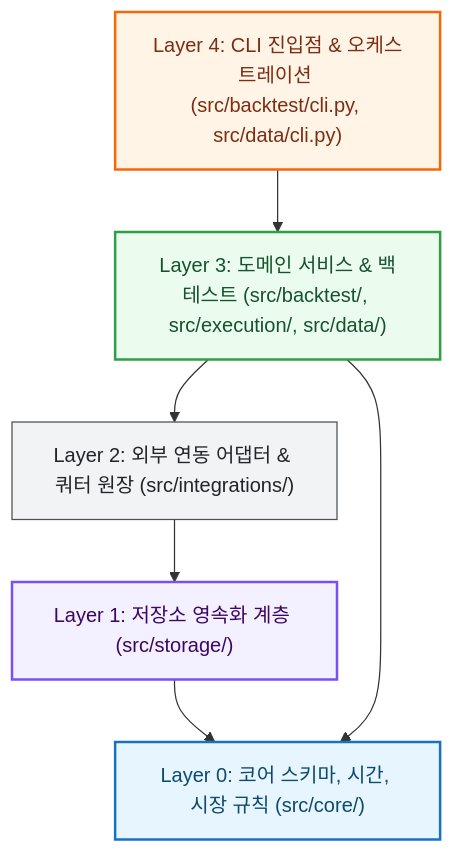
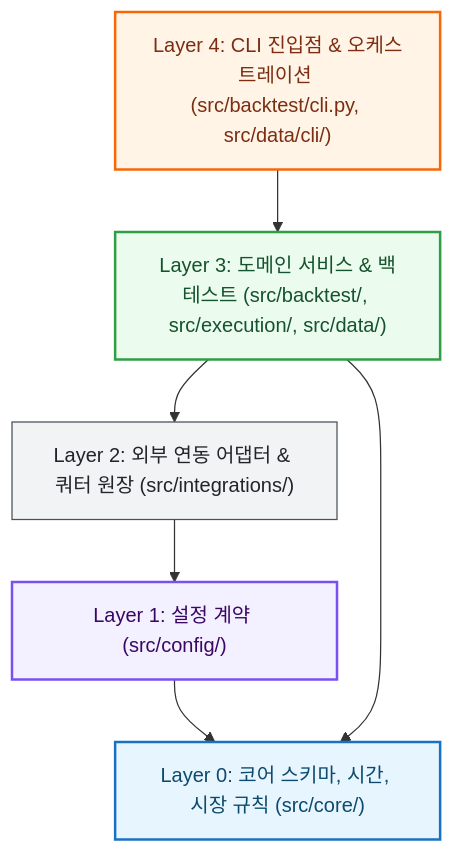
The fifth of 5 diagrams in docs/architecture/system-design.md (KTHYEONG/k-stock-engine), drawn with Mermaid before and after one commit. The commit also changed other lines of this file and 217 other files, not shown here.

````diff
--- a/docs/architecture/system-design.md
+++ b/docs/architecture/system-design.md
@@ -146,20 +146,20 @@
 ```mermaid
 flowchart TD
     classDef l4 fill:#fff4e6,stroke:#f76707,stroke-width:2px,color:#7c2d12;
     classDef l3 fill:#ebfbee,stroke:#2f9e44,stroke-width:2px,color:#14532d;
     classDef l2 fill:#f1f3f5,stroke:#495057,stroke-width:1px,color:#212529;
     classDef l1 fill:#f3f0ff,stroke:#7950f2,stroke-width:2px,color:#3b0764;
     classDef l0 fill:#e7f5ff,stroke:#1971c2,stroke-width:2px,color:#0c4a6e;
 
-    L4["Layer 4: CLI 진입점 & 오케스트레이션 (src/backtest/cli.py, src/data/cli.py)"]:::l4
+    L4["Layer 4: CLI 진입점 & 오케스트레이션 (src/backtest/cli.py, src/data/cli/)"]:::l4
     L3["Layer 3: 도메인 서비스 & 백테스트 (src/backtest/, src/execution/, src/data/)"]:::l3
     L2["Layer 2: 외부 연동 어댑터 & 쿼터 원장 (src/integrations/)"]:::l2
-    L1["Layer 1: 저장소 영속화 계층 (src/storage/)"]:::l1
+    L1["Layer 1: 설정 계약 (src/config/)"]:::l1
     L0["Layer 0: 코어 스키마, 시간, 시장 규칙 (src/core/)"]:::l0
 
     L4 --> L3
     L3 --> L2
     L2 --> L1
     L1 --> L0
     L3 --> L0
 ```
````
